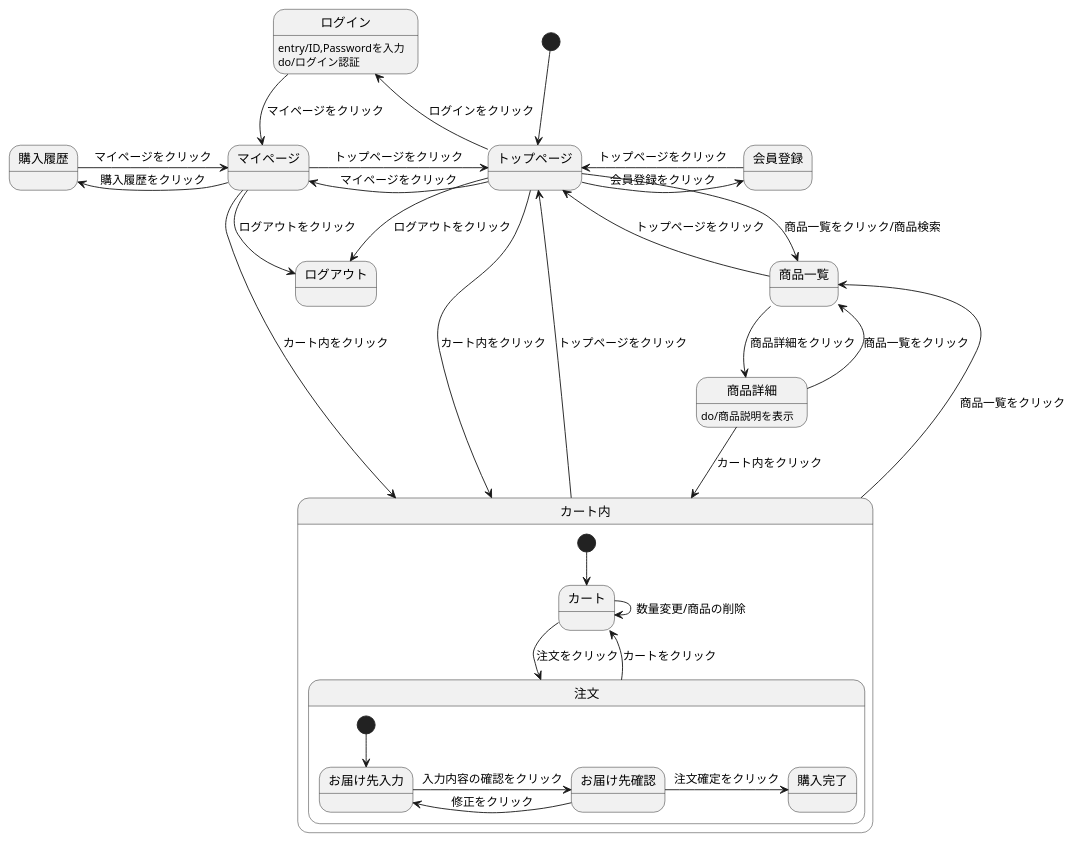
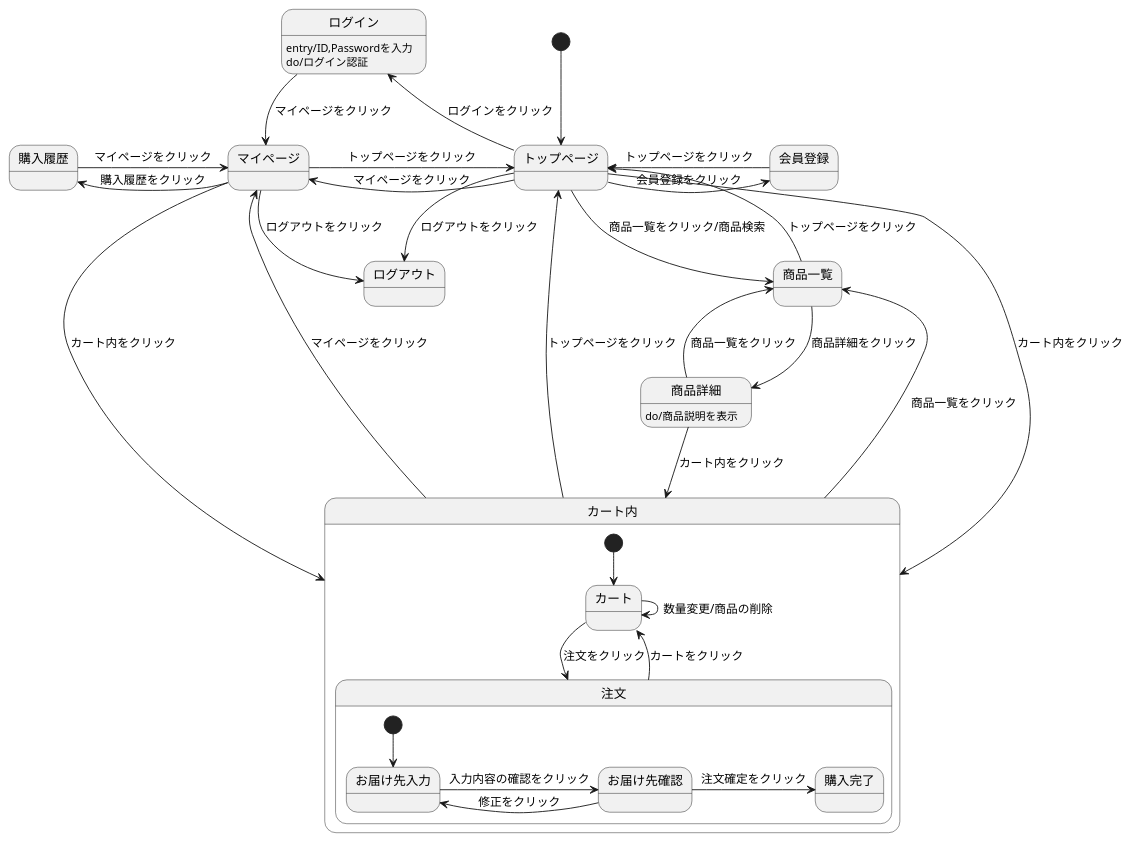
Before and after one commit to Aso2001163/2021sys-design-2: the diagram in Mypage(状態遷移図).md, drawn with PlantUML.

````diff
--- a/Mypage(状態遷移図).md
+++ b/Mypage(状態遷移図).md
@@ -1,40 +1,41 @@
 ```uml
 @startuml
 [*] --> トップページ
 トップページ -> 会員登録 : 会員登録をクリック
 会員登録 -> トップページ : トップページをクリック
 トップページ -left-> マイページ : マイページをクリック
 トップページ -left-> ログイン : ログインをクリック
 ログイン -down-> マイページ : マイページをクリック
 ログイン:entry/ID,Passwordを入力
 ログイン:do/ログイン認証
 マイページ -> トップページ : トップページをクリック
 マイページ -down-> ログアウト : ログアウトをクリック
 マイページ -left-> 購入履歴 : 購入履歴をクリック
-マイページ -down-> カート内 : カート内をクリック
-トップページ -> ログアウト : ログアウトをクリック  
+マイページ -down-> カート内 : カート内をクリック  
 購入履歴 -> マイページ : マイページをクリック
 トップページ --> 商品一覧 : 商品一覧をクリック/商品検索
+トップページ -> カート内 : カート内をクリック
+トップページ -> ログアウト : ログアウトをクリック
 商品一覧 -> トップページ : トップページをクリック
 商品一覧 -> 商品詳細 : 商品詳細をクリック  
 商品詳細:do/商品説明を表示
 商品詳細 -down-> 商品一覧 : 商品一覧をクリック
 商品詳細 -down-> カート内 : カート内をクリック
 カート内 -> 商品一覧 : 商品一覧をクリック
 カート内 -up-> トップページ : トップページをクリック
-トップページ -> カート内 : カート内をクリック
+カート内 -up-> マイページ : マイページをクリック   
 
 state カート内 {
   [*] --> カート
   カート -down-> 注文 : 注文をクリック
   カート -> カート : 数量変更/商品の削除
   注文 -down-> カート : カートをクリック
   state 注文 {
     [*] --> お届け先入力
     お届け先入力 -> お届け先確認 : 入力内容の確認をクリック
     お届け先確認 -> お届け先入力 : 修正をクリック
     お届け先確認 -> 購入完了 : 注文確定をクリック
     }
  }
 @enduml
 ```
````
